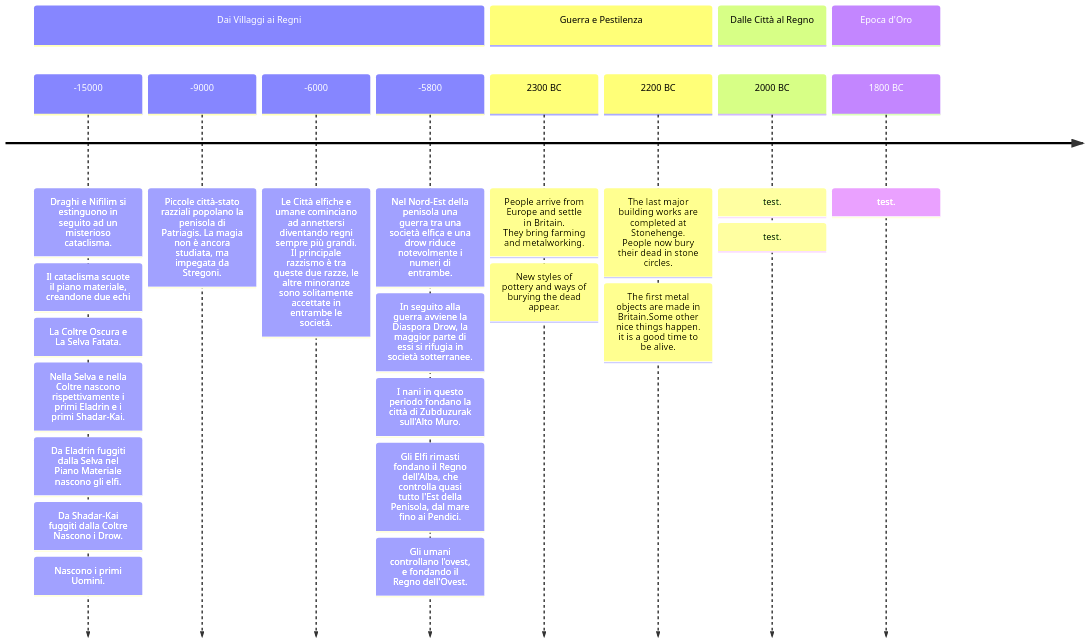
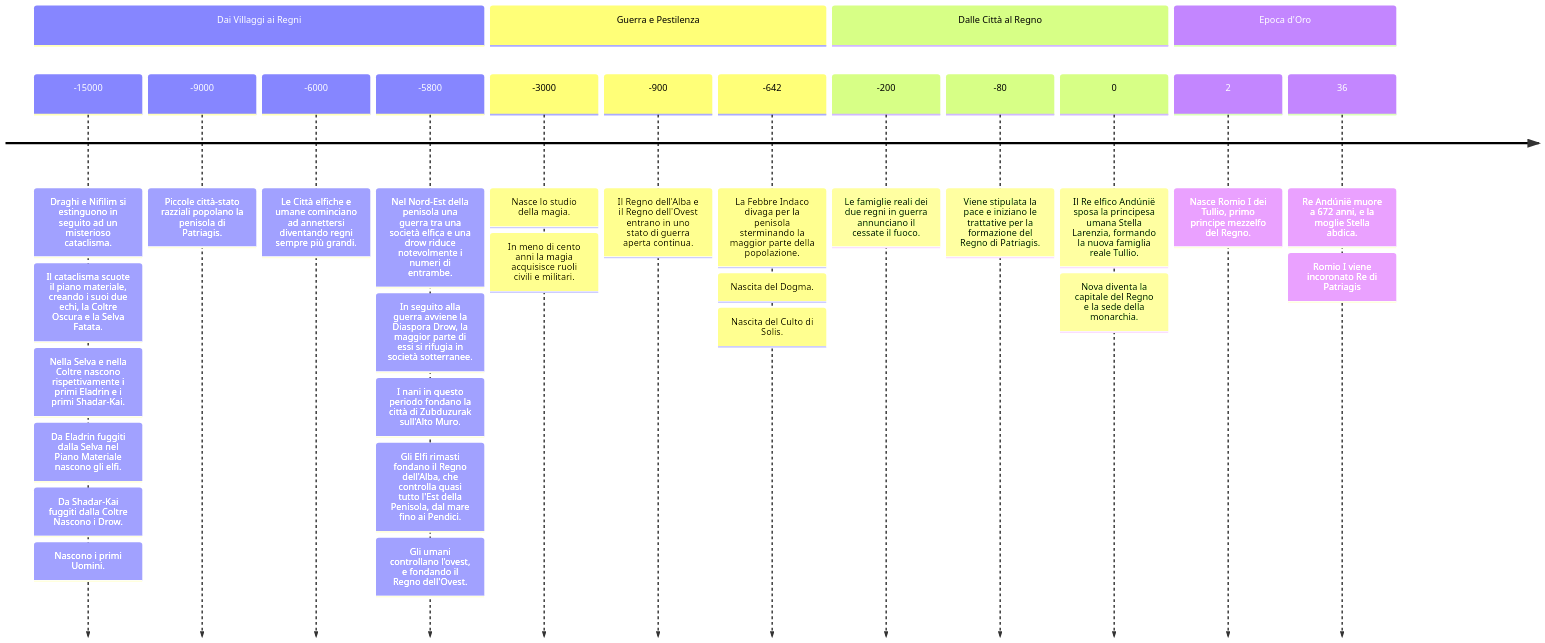
Before and after one commit to michelepapucci/explore-patriagis: the diagram in content/Storia della Penisola di Patriagis.md, drawn with Mermaid.

Commit message:
Quartz sync: Apr 2, 2024, 10:12 PM

````diff
--- a/content/Storia della Penisola di Patriagis.md
+++ b/content/Storia della Penisola di Patriagis.md
@@ -2,28 +2,35 @@
 ```mermaid
 timeline
         title   
         section Dai Villaggi ai Regni
         -15000 : Draghi e Nifilim si estinguono in seguito ad un misterioso cataclisma.
-			    : Il cataclisma scuote il piano materiale, creandone due echi: La Coltre Oscura e La Selva  Fatata.
+			    : Il cataclisma scuote il piano materiale, creando i suoi due echi, la Coltre Oscura e la Selva  Fatata.
 				: Nella Selva e nella Coltre nascono rispettivamente i primi Eladrin e i primi Shadar-Kai.
 				: Da Eladrin fuggiti dalla Selva nel Piano Materiale nascono gli elfi.
 				: Da Shadar-Kai fuggiti dalla Coltre Nascono i Drow.
 				: Nascono i primi Uomini. 	
-		-9000: Piccole città-stato razziali popolano la penisola di Patriagis. La magia non è ancora studiata, ma impegata da Stregoni.
-		-6000: Le Città elfiche e umane cominciano ad annettersi diventando regni sempre più grandi. Il principale razzismo è tra queste due razze, le altre minoranze sono solitamente accettate in entrambe le società. 
+		-9000: Piccole città-stato razziali popolano la penisola di Patriagis. 
+		-6000: Le Città elfiche e umane cominciano ad annettersi diventando regni sempre più grandi.
 		-5800: Nel Nord-Est della penisola una guerra tra una società elfica e una drow riduce notevolmente i numeri di entrambe.
 			: In seguito alla guerra avviene la Diaspora Drow, la maggior parte di essi si rifugia in società sotterranee. 
 			: I nani in questo periodo fondano la città di Zubduzurak sull'Alto Muro. 
 			: Gli Elfi rimasti fondano il Regno dell'Alba, che controlla quasi tutto l'Est della Penisola, dal mare fino ai Pendici. 
 			: Gli umani controllano l'ovest, e fondando il Regno dell'Ovest.
         section Guerra e Pestilenza
-          2300 BC : People arrive from Europe and settle in Britain. <br>They bring farming and metalworking.
-                  : New styles of pottery and ways of burying the dead appear.
-          2200 BC : The last major building works are completed at Stonehenge.<br> People now bury their dead in stone circles.
-                  : The first metal objects are made in Britain.Some other nice things happen. it is a good time to be alive.
+        -3000: Nasce lo studio della magia.
+			: In meno di cento anni la magia acquisisce ruoli civili e militari.
+        -900: Il Regno dell'Alba e il Regno dell'Ovest entrano in uno stato di guerra aperta continua.
+        -642: La Febbre Indaco divaga per la penisola sterminando la maggior parte della popolazione.
+	        : Nascita del Dogma.
+	        : Nascita del Culto di Solis.
 	    section Dalle Città al Regno
-			2000 BC : test.
-					: test.	    
+		-200: Le famiglie reali dei due regni in guerra annunciano il cessate il fuoco.
+		-80: Viene stipulata la pace e iniziano le trattative per la formazione del Regno di Patriagis.
+		0: Il Re elfico Andúnië sposa la principesa umana Stella Larenzia, formando la nuova famiglia reale Tullio. 
+			: Nova diventa la capitale del Regno e la sede della monarchia.
 	    section Epoca d'Oro
-			1800 BC : test.
+		2: Nasce Romio I dei Tullio, primo principe mezzelfo del Regno.
+		36: Re Andúnië muore a 672 anni, e la moglie Stella abdica. 
+			: Romio I viene incoronato Re di Patriagis
+
 ```
````
